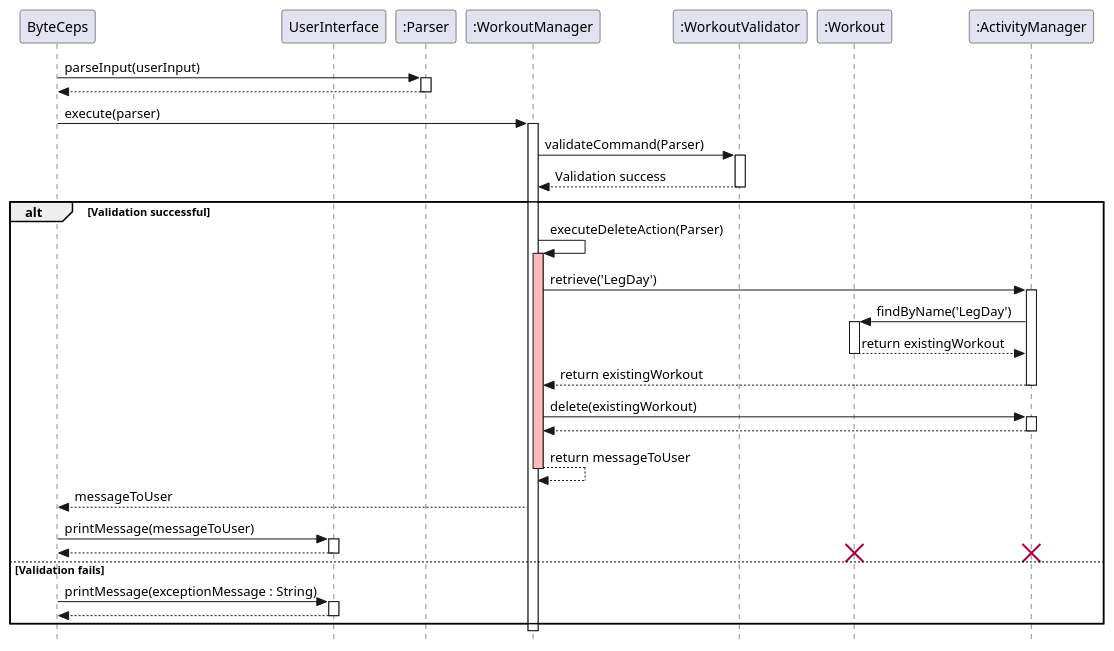
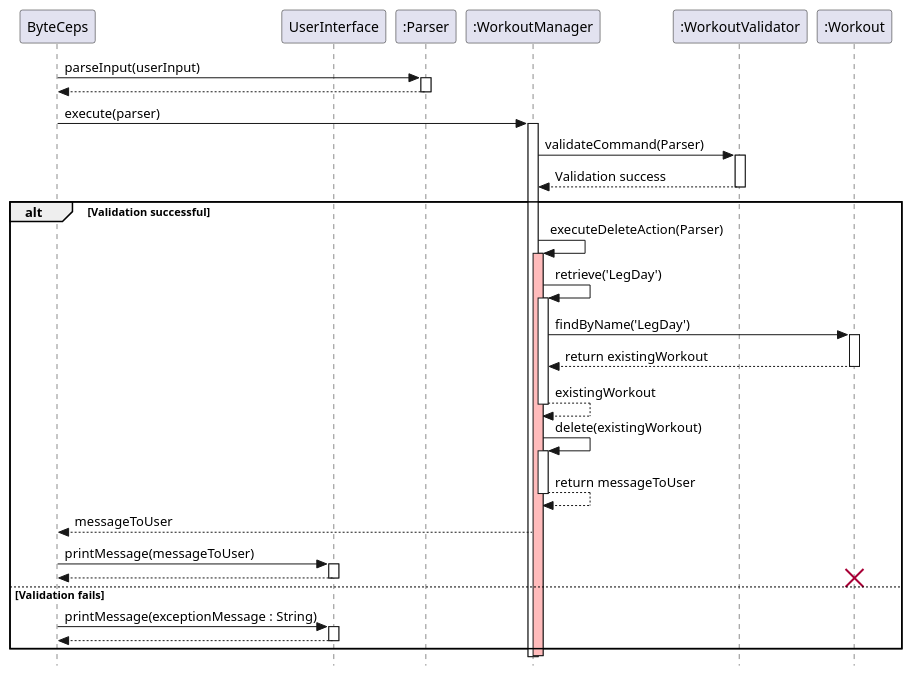
Before and after one commit to joshualeejunyi/tp: the diagram in docs/plantuml/deleteWorkout.puml, drawn with PlantUML. The commit also changed 7 other files, not shown here.

Commit message:
Remove ActivityManager in all diagrams

```diff
--- a/docs/plantuml/deleteWorkout.puml
+++ b/docs/plantuml/deleteWorkout.puml
@@ -1,69 +1,62 @@
 @startuml SequenceDiagram
 
 skinparam classAttributeIconSize 0
 skinparam style strictuml
 
 participant ByteCeps as User
 participant UserInterface
-participant ":ActivityManager" as ActivityManager
 participant ":Parser" as Parser
 participant ":WorkoutManager" as WorkoutManager
 participant ":WorkoutValidator" as Validator
 participant ":Workout" as Workout
-
 
 User -> Parser : parseInput(userInput)
 activate Parser
 User <-- Parser
 deactivate Parser
 
 User -> WorkoutManager : execute(parser)
 activate WorkoutManager
 
 WorkoutManager -> Validator : validateCommand(Parser)
 activate Validator
 Validator --> WorkoutManager : Validation success
 deactivate Validator
 
 alt Validation successful
-
     WorkoutManager -> WorkoutManager : executeDeleteAction(Parser)
     activate WorkoutManager #FFBBBB
 
-    create ":ActivityManager" as ActivityManager
-    WorkoutManager -> ActivityManager : retrieve('LegDay')
-    activate ActivityManager
-    ActivityManager -> Workout : findByName('LegDay')
+    WorkoutManager -> WorkoutManager : retrieve('LegDay')
+    activate WorkoutManager
+    WorkoutManager -> Workout : findByName('LegDay')
     activate Workout
-    Workout --> ActivityManager : return existingWorkout
+    Workout --> WorkoutManager : return existingWorkout
     deactivate Workout
-    ActivityManager --> WorkoutManager : return existingWorkout
-    deactivate ActivityManager
+    WorkoutManager --> WorkoutManager : existingWorkout
+    deactivate WorkoutManager #FFBBBB
 
-    WorkoutManager -> ActivityManager : delete(existingWorkout)
-    activate ActivityManager
-    ActivityManager --> WorkoutManager :
-    deactivate ActivityManager
+    WorkoutManager -> WorkoutManager : delete(existingWorkout)
+    activate WorkoutManager
+    WorkoutManager --> WorkoutManager : return messageToUser
+    deactivate WorkoutManager
 
-    WorkoutManager --> WorkoutManager : return messageToUser
-    deactivate WorkoutManager #FFBBBB
     WorkoutManager --> User : messageToUser
     User -> UserInterface: printMessage(messageToUser)
     activate UserInterface
     UserInterface --> User
     deactivate UserInterface
 
     destroy Workout
-    destroy ActivityManager
 
 else Validation fails
     User -> UserInterface: printMessage(exceptionMessage : String)
     activate UserInterface
     UserInterface --> User:
     deactivate UserInterface
 end
 
 deactivate WorkoutManager
 deactivate Parser
 
 @enduml
```
